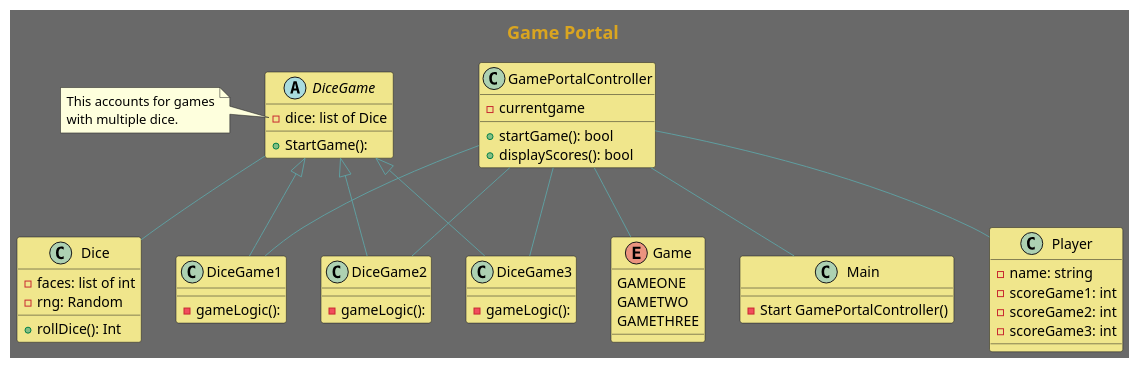
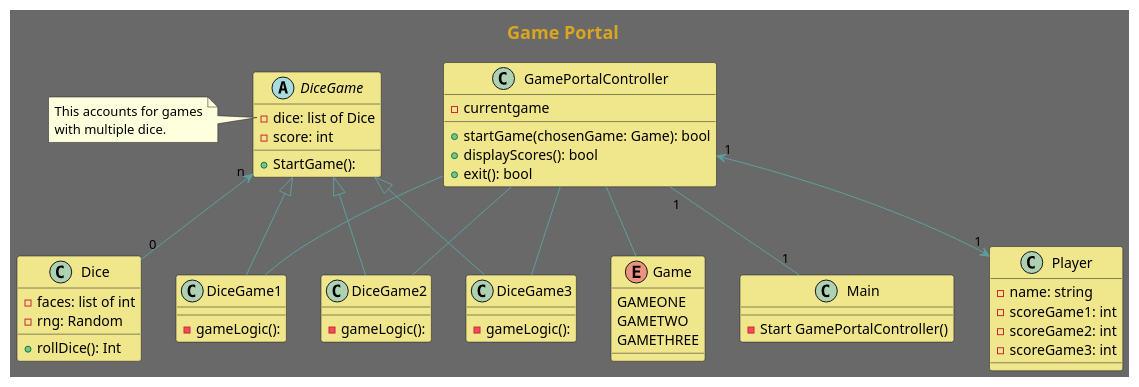
One commit to Xvandexen/GamePortal changed the diagram in Writerside/codeSnippets/NewClassDiagram.puml. Above: the diagram before and after it, drawn with PlantUML.

Commit message:
Added relationship main to game portal controller

```diff
--- a/Writerside/codeSnippets/NewClassDiagram.puml
+++ b/Writerside/codeSnippets/NewClassDiagram.puml
@@ -1,80 +1,83 @@
 @startuml
 'https://plantuml.com/class-diagram
 title "Game Portal"
 skinparam backgroundcolor DimGrey
 skinparam TitleFontColor GoldenRod
 skinparam TitleFontSize 18
 skinparam groupInheritance 4
 
 
 
 skinparam class{
 ArrowColor CadetBlue
 backgroundcolor khaki
 
 }
 
 enum Game{
 GAMEONE
 GAMETWO
 GAMETHREE
 
 }
 class "Main" as m{
 - Start GamePortalController()
 }
 
 class "GamePortalController" as cont{
 - currentgame
-+ startGame(): bool
++ startGame(chosenGame: Game): bool
 + displayScores(): bool
++ exit(): bool
 }
 
 class "Player" as p{
 - name: string
 - scoreGame1: int
 - scoreGame2: int
 - scoreGame3: int
+
 }
 
 class "Dice" as die{
 - faces: list of int
 - rng: Random
 + rollDice(): Int
 }
 abstract class "DiceGame" as g{
 - dice: list of Dice
+- score: int
 + StartGame():
 }
 note left of g::Dice
 This accounts for games
 with multiple dice.
 end note
 
 class "DiceGame1" as g1{
 - gameLogic():
 
 }
 class "DiceGame2" as g2{
 - gameLogic():
 
 }
 class "DiceGame3" as g3{
 - gameLogic():
 }
 
 g <|-- g1
 g <|-- g2
 g <|-- g3
 
 cont -- Game
-cont -- p
-cont -- m
+cont "1"<-->"1" p
+cont "1"--"1" m
 cont -- g1
 cont -- g2
 cont -- g3
 
-g -- die
+g "n" <-- "0" die
 
 
 @enduml
```
